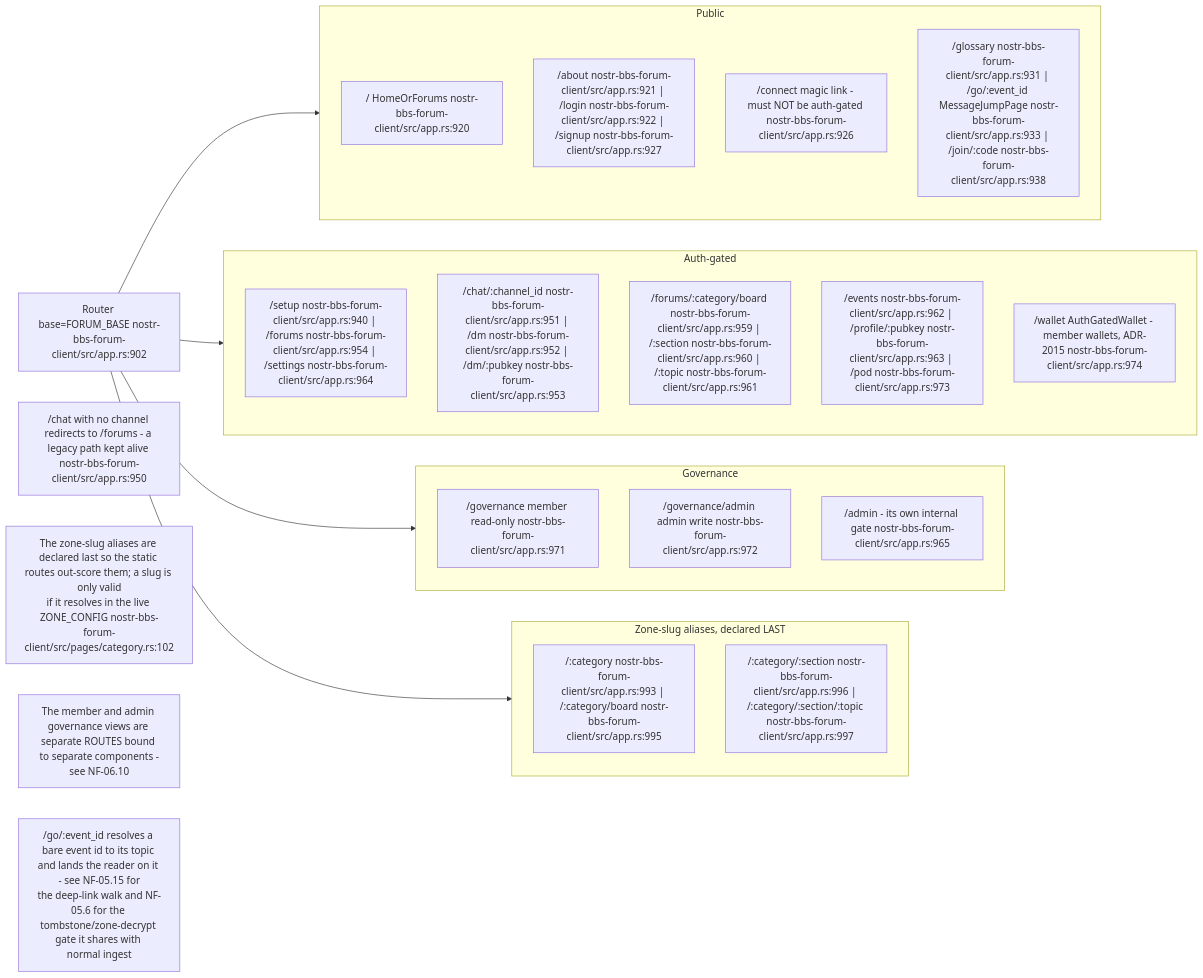
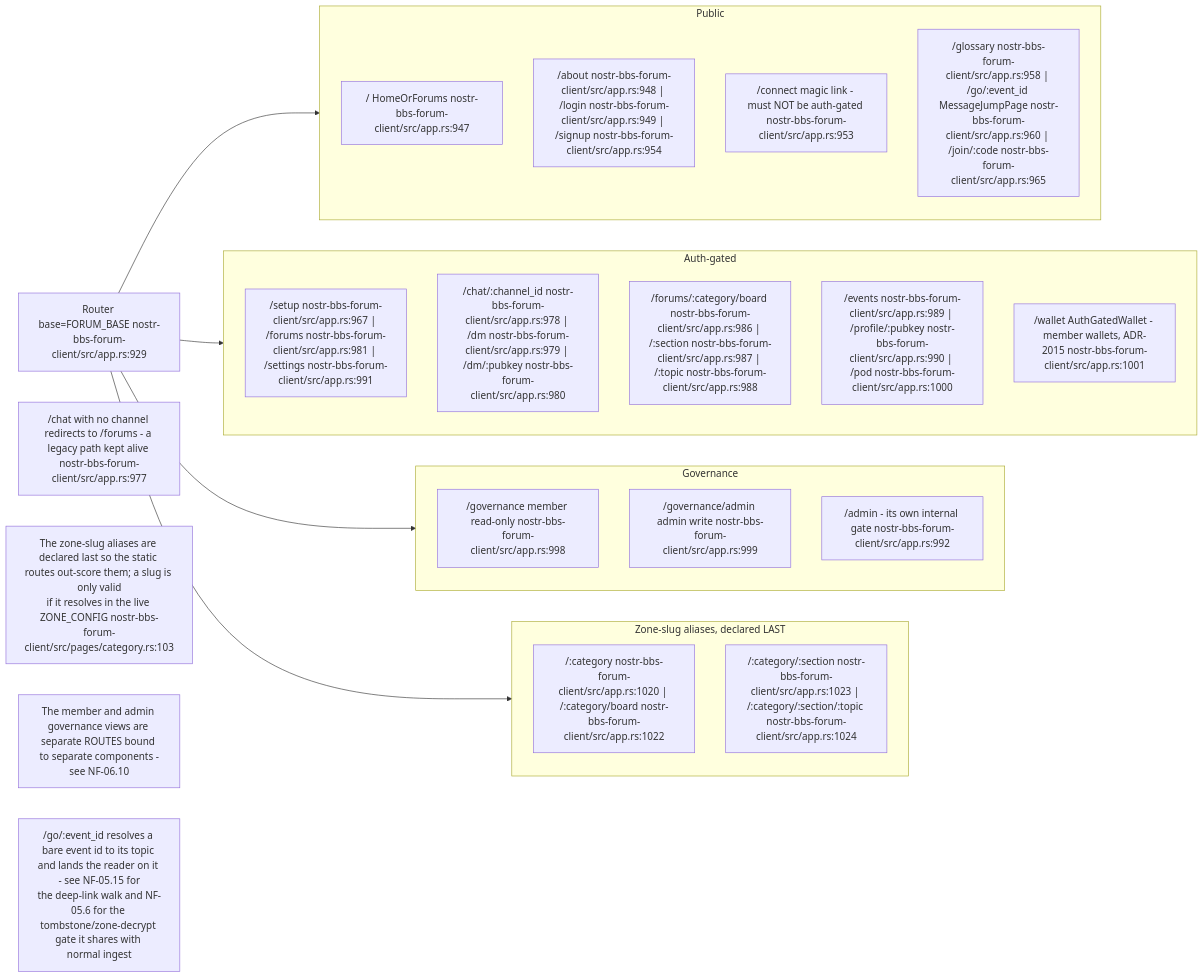
One commit to DreamLab-AI/VisionFlow changed the second of 20 diagrams in docs/diagrams/nostr-rust-forum/05-leptos-clients-onboarding-messaging-governance.md. Above: the diagram before and after it, drawn with Mermaid. The commit also changed other lines of this file, not shown here.

First line of the commit message:
docs(diagrams): re-verify NF-05 at nostr-rust-forum af4f0d5

````diff
--- a/docs/diagrams/nostr-rust-forum/05-leptos-clients-onboarding-messaging-governance.md
+++ b/docs/diagrams/nostr-rust-forum/05-leptos-clients-onboarding-messaging-governance.md
@@ -107,32 +112,32 @@
 ```mermaid
 flowchart LR
     subgraph pubroutes["Public"]
-        R1["/ HomeOrForums nostr-bbs-forum-client/src/app.rs:920"]
-        R2["/about nostr-bbs-forum-client/src/app.rs:921 | /login nostr-bbs-forum-client/src/app.rs:922 | /signup nostr-bbs-forum-client/src/app.rs:927"]
-        R3["/connect magic link - must NOT be auth-gated nostr-bbs-forum-client/src/app.rs:926"]
-        R4["/glossary nostr-bbs-forum-client/src/app.rs:931 | /go/:event_id MessageJumpPage nostr-bbs-forum-client/src/app.rs:933 | /join/:code nostr-bbs-forum-client/src/app.rs:938"]
+        R1["/ HomeOrForums nostr-bbs-forum-client/src/app.rs:947"]
+        R2["/about nostr-bbs-forum-client/src/app.rs:948 | /login nostr-bbs-forum-client/src/app.rs:949 | /signup nostr-bbs-forum-client/src/app.rs:954"]
+        R3["/connect magic link - must NOT be auth-gated nostr-bbs-forum-client/src/app.rs:953"]
+        R4["/glossary nostr-bbs-forum-client/src/app.rs:958 | /go/:event_id MessageJumpPage nostr-bbs-forum-client/src/app.rs:960 | /join/:code nostr-bbs-forum-client/src/app.rs:965"]
     end
     subgraph authed["Auth-gated"]
-        R5["/setup nostr-bbs-forum-client/src/app.rs:940 | /forums nostr-bbs-forum-client/src/app.rs:954 | /settings nostr-bbs-forum-client/src/app.rs:964"]
-        R6["/chat/:channel_id nostr-bbs-forum-client/src/app.rs:951 | /dm nostr-bbs-forum-client/src/app.rs:952 | /dm/:pubkey nostr-bbs-forum-client/src/app.rs:953"]
-        R7["/forums/:category/board nostr-bbs-forum-client/src/app.rs:959 | /:section nostr-bbs-forum-client/src/app.rs:960 | /:topic nostr-bbs-forum-client/src/app.rs:961"]
-        R8["/events nostr-bbs-forum-client/src/app.rs:962 | /profile/:pubkey nostr-bbs-forum-client/src/app.rs:963 | /pod nostr-bbs-forum-client/src/app.rs:973"]
-        R14["/wallet AuthGatedWallet - member wallets, ADR-2015 nostr-bbs-forum-client/src/app.rs:974"]
+        R5["/setup nostr-bbs-forum-client/src/app.rs:967 | /forums nostr-bbs-forum-client/src/app.rs:981 | /settings nostr-bbs-forum-client/src/app.rs:991"]
+        R6["/chat/:channel_id nostr-bbs-forum-client/src/app.rs:978 | /dm nostr-bbs-forum-client/src/app.rs:979 | /dm/:pubkey nostr-bbs-forum-client/src/app.rs:980"]
+        R7["/forums/:category/board nostr-bbs-forum-client/src/app.rs:986 | /:section nostr-bbs-forum-client/src/app.rs:987 | /:topic nostr-bbs-forum-client/src/app.rs:988"]
+        R8["/events nostr-bbs-forum-client/src/app.rs:989 | /profile/:pubkey nostr-bbs-forum-client/src/app.rs:990 | /pod nostr-bbs-forum-client/src/app.rs:1000"]
+        R14["/wallet AuthGatedWallet - member wallets, ADR-2015 nostr-bbs-forum-client/src/app.rs:1001"]
     end
     subgraph gov["Governance"]
-        R9["/governance member read-only nostr-bbs-forum-client/src/app.rs:971"]
-        R10["/governance/admin admin write nostr-bbs-forum-client/src/app.rs:972"]
-        R11["/admin - its own internal gate nostr-bbs-forum-client/src/app.rs:965"]
+        R9["/governance member read-only nostr-bbs-forum-client/src/app.rs:998"]
+        R10["/governance/admin admin write nostr-bbs-forum-client/src/app.rs:999"]
+        R11["/admin - its own internal gate nostr-bbs-forum-client/src/app.rs:992"]
     end
     subgraph zonealias["Zone-slug aliases, declared LAST"]
-        R12["/:category nostr-bbs-forum-client/src/app.rs:993 | /:category/board nostr-bbs-forum-client/src/app.rs:995"]
-        R13["/:category/:section nostr-bbs-forum-client/src/app.rs:996 | /:category/:section/:topic nostr-bbs-forum-client/src/app.rs:997"]
+        R12["/:category nostr-bbs-forum-client/src/app.rs:1020 | /:category/board nostr-bbs-forum-client/src/app.rs:1022"]
+        R13["/:category/:section nostr-bbs-forum-client/src/app.rs:1023 | /:category/:section/:topic nostr-bbs-forum-client/src/app.rs:1024"]
     end
 
-    ROUTER["Router base=FORUM_BASE nostr-bbs-forum-client/src/app.rs:902"] --> pubroutes & authed & gov & zonealias
+    ROUTER["Router base=FORUM_BASE nostr-bbs-forum-client/src/app.rs:929"] --> pubroutes & authed & gov & zonealias
 
-    N1["/chat with no channel redirects to /forums - a legacy path kept alive nostr-bbs-forum-client/src/app.rs:950"]
-    N2["The zone-slug aliases are declared last so the static routes out-score them; a slug is only valid<br/>if it resolves in the live ZONE_CONFIG nostr-bbs-forum-client/src/pages/category.rs:102"]
+    N1["/chat with no channel redirects to /forums - a legacy path kept alive nostr-bbs-forum-client/src/app.rs:977"]
+    N2["The zone-slug aliases are declared last so the static routes out-score them; a slug is only valid<br/>if it resolves in the live ZONE_CONFIG nostr-bbs-forum-client/src/pages/category.rs:103"]
     N3["The member and admin governance views are separate ROUTES bound to separate components -<br/>see NF-06.10"]
     N4["/go/:event_id resolves a bare event id to its topic and lands the reader on it - see NF-05.15 for<br/>the deep-link walk and NF-05.6 for the tombstone/zone-decrypt gate it shares with normal ingest"]
 ```
````
